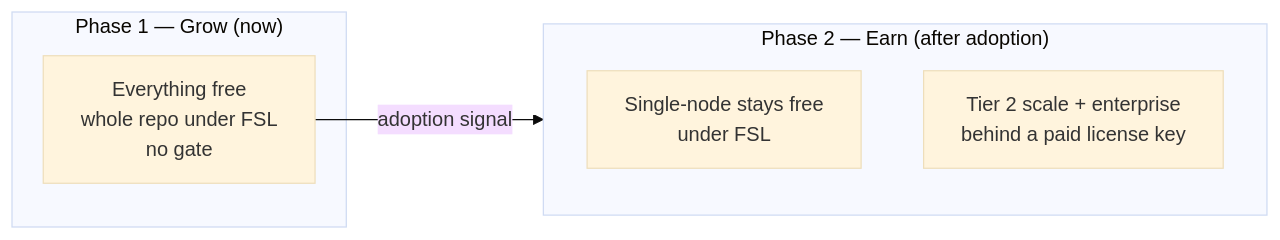
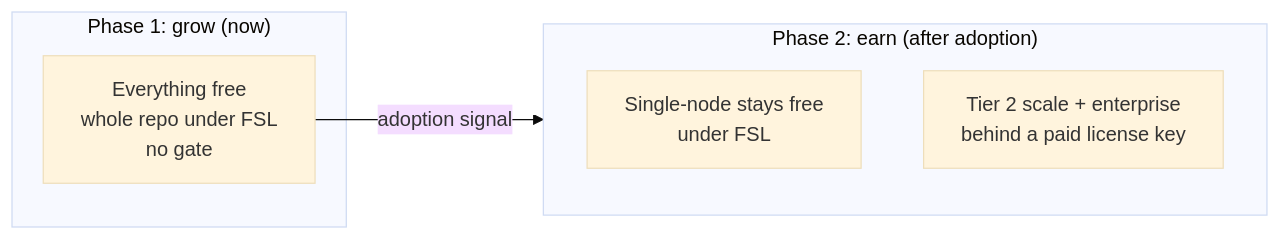
The second of 3 diagrams in docs_new/content/docs/contributing/licensing.mdx (helipod-sh/helipod), drawn with Mermaid (base theme) before and after one commit. The commit also changed other lines of this file and 49 other files, not shown here.

````diff
--- a/docs_new/content/docs/contributing/licensing.mdx
+++ b/docs_new/content/docs/contributing/licensing.mdx
@@ -65,11 +67,11 @@
 ```mermaid
 flowchart LR
-    subgraph P1["Phase 1 — Grow (now)"]
+    subgraph P1["Phase 1: grow (now)"]
         A["Everything free\nwhole repo under FSL\nno gate"]
     end
-    subgraph P2["Phase 2 — Earn (after adoption)"]
+    subgraph P2["Phase 2: earn (after adoption)"]
         B["Single-node stays free\nunder FSL"]
         C["Tier 2 scale + enterprise\nbehind a paid license key"]
     end
     A -->|"adoption signal"| P2
 ```
````
